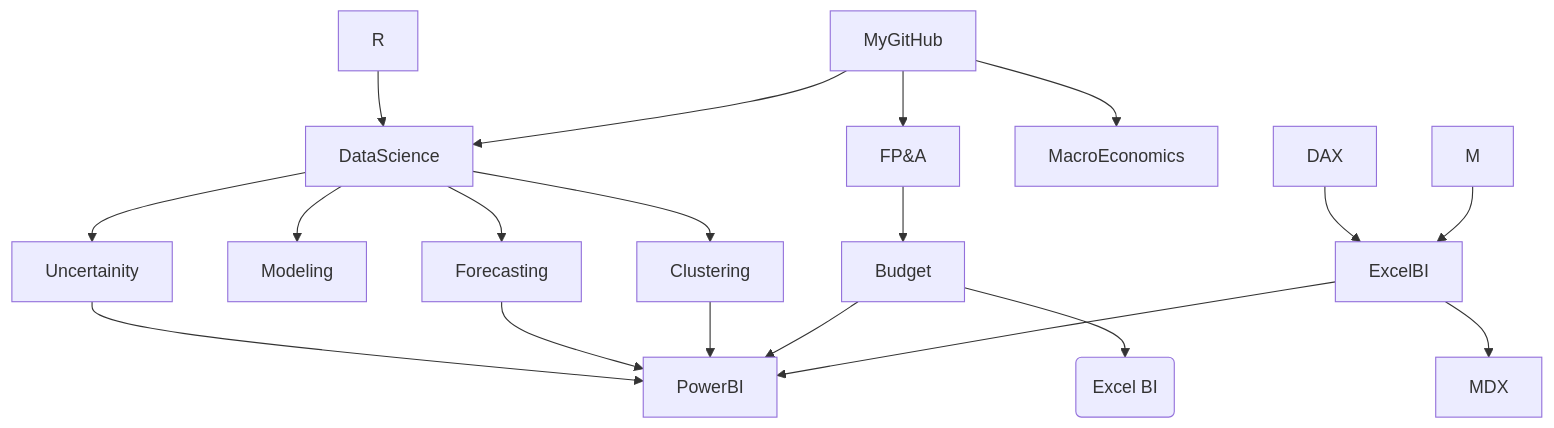
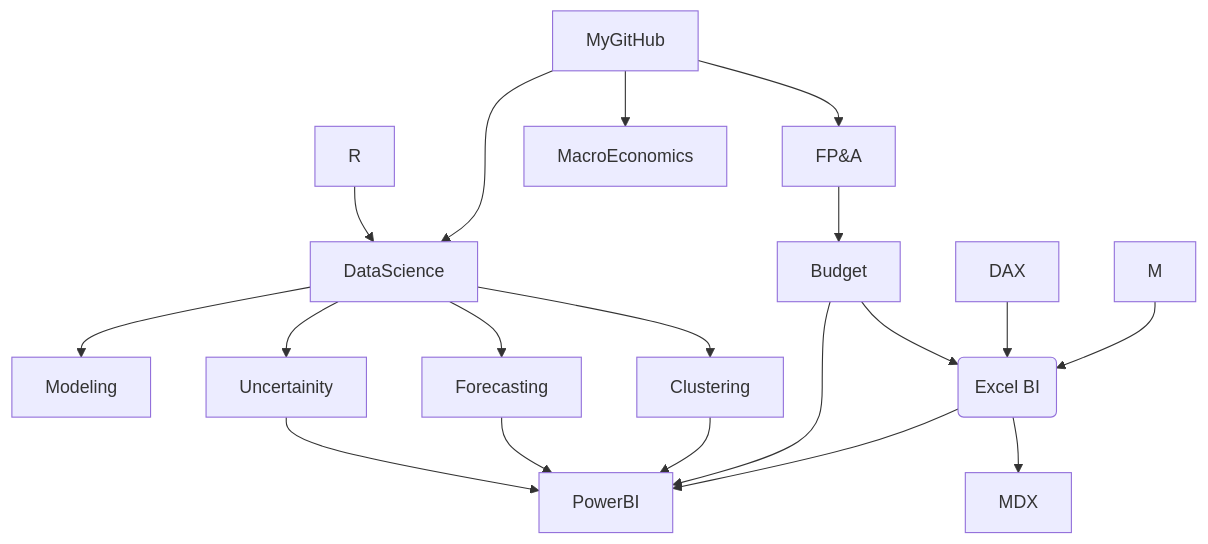
Before and after one commit to md3629/md3629: the diagram in README.md, drawn with Mermaid.

````diff
--- a/README.md
+++ b/README.md
@@ -9,21 +9,21 @@
 ```mermaid
 graph TD;
     MyGitHub-->FP&A;
     FP&A-->Budget;
     R-->DataScience;
     MyGitHub-->DataScience;
     MyGitHub-->MacroEconomics;
     DataScience-->Modeling;
     DataScience-->Forecasting;
     DataScience-->Clustering;
     DataScience-->Uncertainity;
     Uncertainity-->PowerBI;
     Forecasting-->PowerBI;
     Clustering-->PowerBI;
     Budget-->PowerBI;
     Budget-->E(Excel BI);
-    DAX-->ExcelBI;
-    M-->ExcelBI;
-    ExcelBI-->PowerBI;
-    ExcelBI-->MDX;
+    DAX-->E(Excel BI);
+    M-->E(Excel BI);
+    E(Excel BI)-->PowerBI;
+    E(Excel BI)-->MDX;
 ```
````
